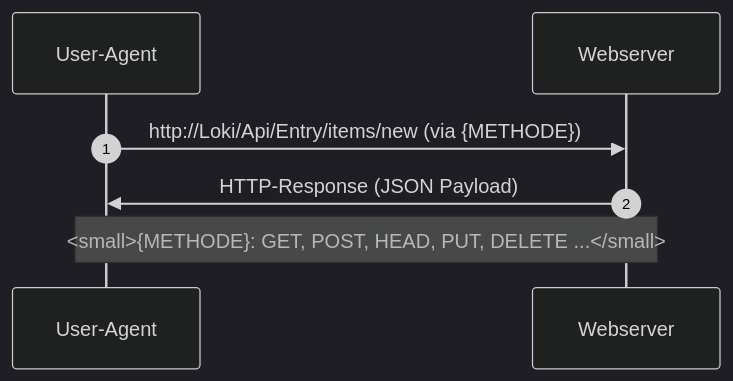
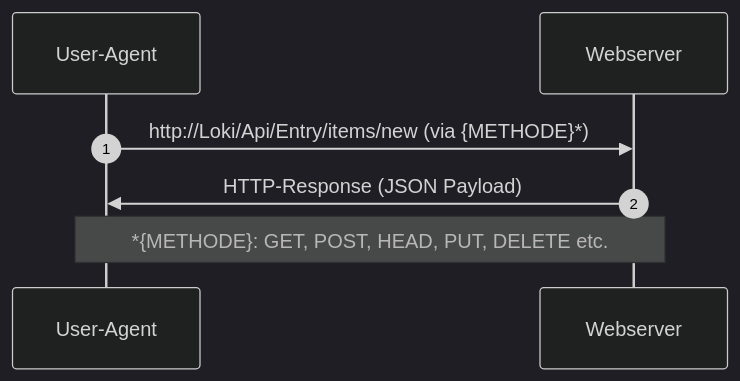
The diagram in net/higher_proto/http.md (nevsglueckauf/WhatsTheStory), drawn with Mermaid (dark theme) before and after one commit.

Commit message:
Adding docu

````diff
--- a/net/higher_proto/http.md
+++ b/net/higher_proto/http.md
@@ -15,8 +15,8 @@
 ```mermaid
 sequenceDiagram
 autonumber
     
-    User-Agent->>Webserver: http://Loki/Api/Entry/items/new (via {METHODE})
+    User-Agent->>Webserver: http://Loki/Api/Entry/items/new     (via {METHODE}*)
     Webserver->>User-Agent: HTTP-Response (JSON Payload)
-    Note over User-Agent, Webserver:  <small>{METHODE}: GET, POST, HEAD, PUT, DELETE ...</small>
+    Note over User-Agent, Webserver:  *{METHODE}: GET, POST, HEAD, PUT, DELETE etc.
 ```
````
